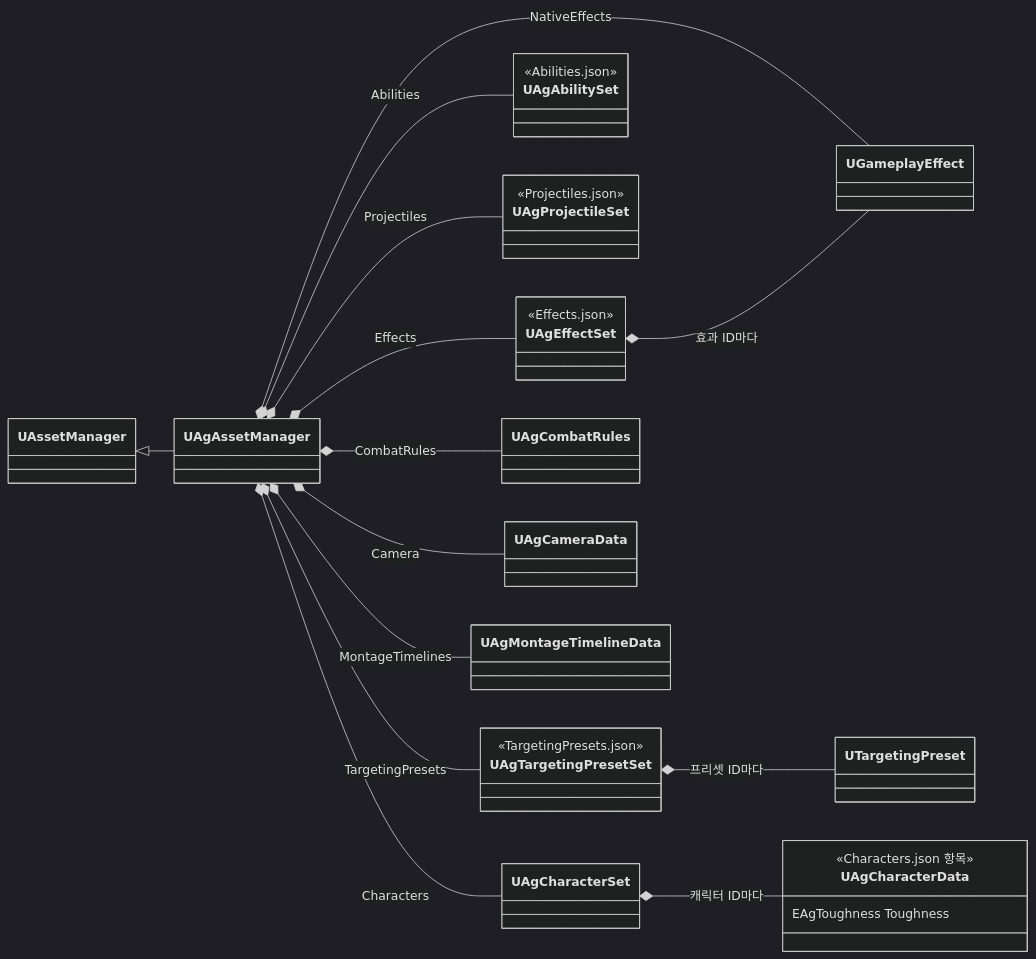
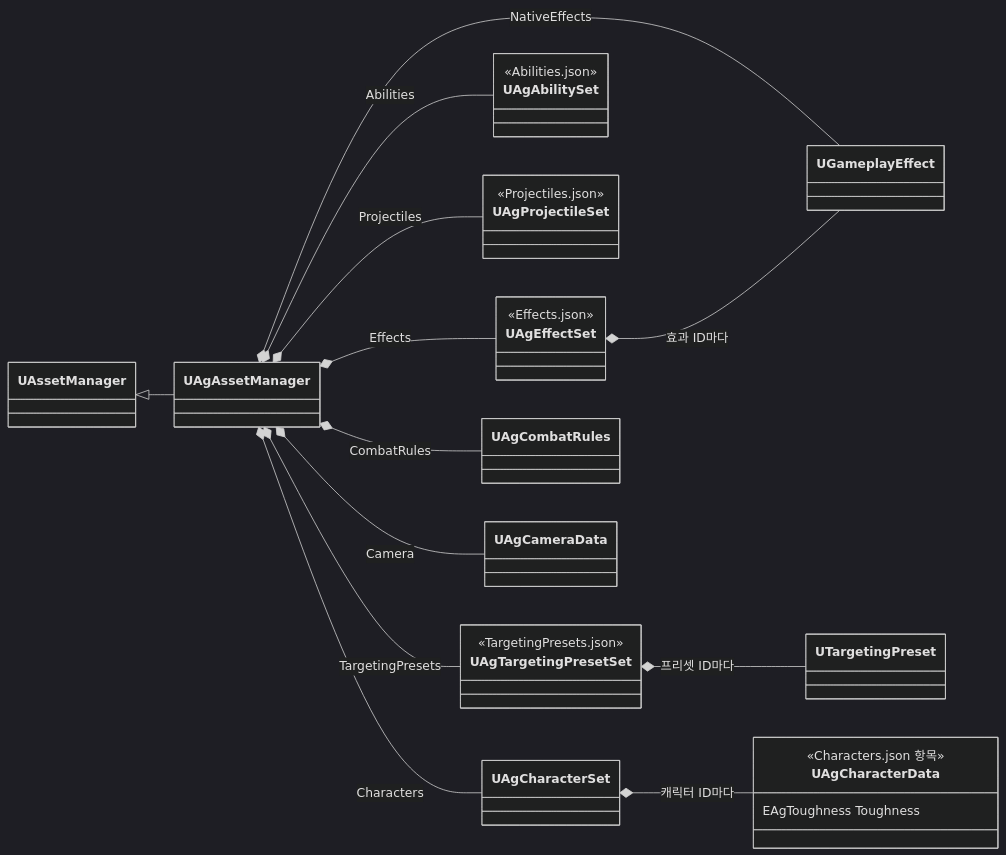
One commit to Woogl/Ag changed the second of 2 diagrams in Docs/Architecture/데이터 로딩과 스키마.md. Above: the diagram before and after it, drawn with Mermaid (dark theme). The commit also changed other lines of this file and 11 other files, not shown here.

````diff
--- a/Docs/Architecture/데이터 로딩과 스키마.md
+++ b/Docs/Architecture/데이터 로딩과 스키마.md
@@ -181,33 +188,32 @@
 ```mermaid
 classDiagram
     direction LR
     class UAgEffectSet {
         <<Effects.json>>
     }
     class UAgAbilitySet {
         <<Abilities.json>>
     }
     class UAgProjectileSet {
         <<Projectiles.json>>
     }
     class UAgTargetingPresetSet {
         <<TargetingPresets.json>>
     }
     class UAgCharacterData {
         <<Characters.json 항목>>
         EAgToughness Toughness
     }
     UAssetManager <|-- UAgAssetManager
     UAgAssetManager *-- UAgCombatRules : CombatRules
     UAgAssetManager *-- UAgCameraData : Camera
     UAgAssetManager *-- UAgEffectSet : Effects
     UAgAssetManager *-- UGameplayEffect : NativeEffects
     UAgAssetManager *-- UAgProjectileSet : Projectiles
-    UAgAssetManager *-- UAgMontageTimelineData : MontageTimelines
     UAgAssetManager *-- UAgTargetingPresetSet : TargetingPresets
     UAgAssetManager *-- UAgAbilitySet : Abilities
     UAgAssetManager *-- UAgCharacterSet : Characters
     UAgCharacterSet *-- UAgCharacterData : 캐릭터 ID마다
     UAgEffectSet *-- UGameplayEffect : 효과 ID마다
     UAgTargetingPresetSet *-- UTargetingPreset : 프리셋 ID마다
 ```
````
